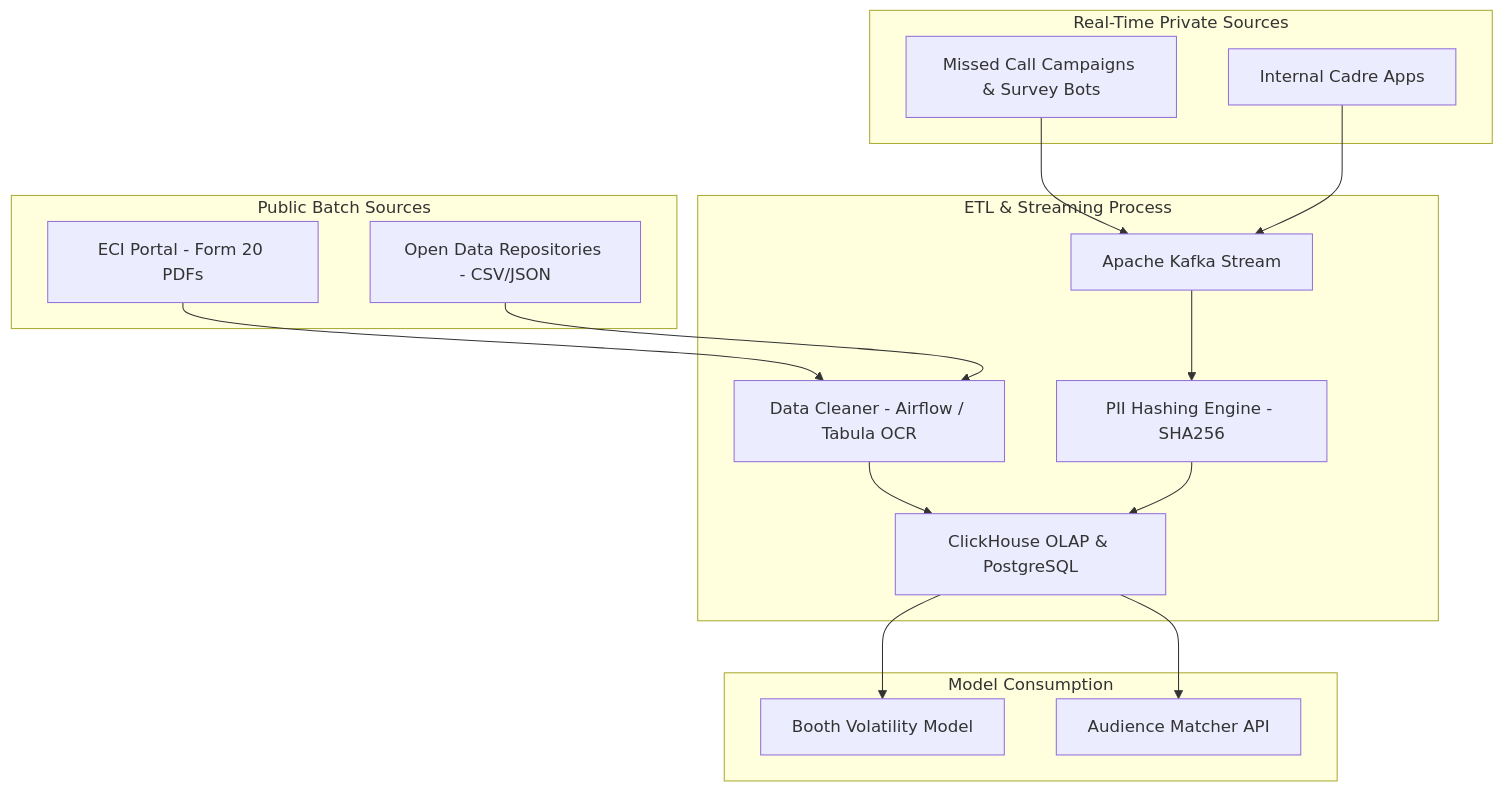
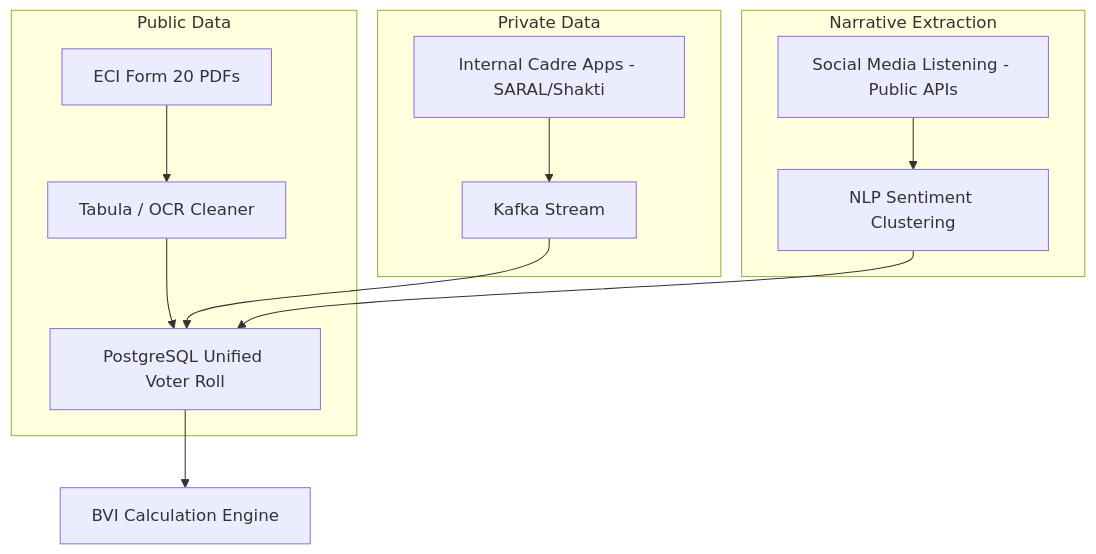
One commit to pramodcbabu/debaz changed the diagram in nethra/docs/data_engineering.md. Above: the diagram before and after it, drawn with Mermaid. The commit also changed other lines of this file and 6 other files, not shown here.

````diff
--- a/nethra/docs/data_engineering.md
+++ b/nethra/docs/data_engineering.md
@@ -4,24 +23,19 @@
 ```mermaid
 graph TD
-    subgraph Public Batch Sources
-        A[ECI Portal - Form 20 PDFs]
-        B[Open Data Repositories - CSV/JSON]
+    subgraph Public Data
+        A[ECI Form 20 PDFs] --> B[Tabula / OCR Cleaner]
+        B --> C[PostgreSQL Unified Voter Roll]
     end
     
-    subgraph Real-Time Private Sources
-        C[Missed Call Campaigns & Survey Bots]
-        D[Internal Cadre Apps]
+    subgraph Private Data
+        D[Internal Cadre Apps - SARAL/Shakti] --> E[Kafka Stream]
+        E --> C
     end
     
-    subgraph ETL & Streaming Process
-        A & B --> F[Data Cleaner - Airflow / Tabula OCR]
-        C & D --> K[Apache Kafka Stream]
-        K --> G[PII Hashing Engine - SHA256]
-        F & G --> H[ClickHouse OLAP & PostgreSQL]
+    subgraph Narrative Extraction
+        F[Social Media Listening - Public APIs] --> G[NLP Sentiment Clustering]
+        G --> C
     end
     
-    subgraph Model Consumption
-        H --> I[Booth Volatility Model]
-        H --> J[Audience Matcher API]
-    end
+    C --> H[BVI Calculation Engine]
 ```
````
